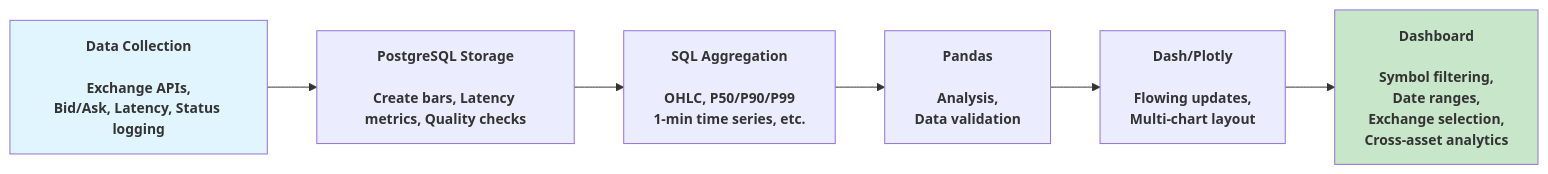
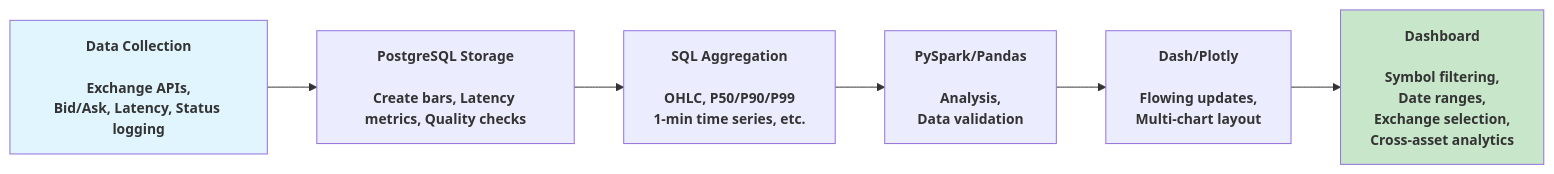
The diagram in README.md (Chicago-tr/ExchangeAggregator), drawn with Mermaid before and after one commit.

````diff
--- a/README.md
+++ b/README.md
@@ -19,17 +19,17 @@
 ```mermaid
 graph LR
     
     A[Data Collection<br/><br/>Exchange APIs,<br/>Bid/Ask, Latency, Status logging] --> B[PostgreSQL Storage<br/><br/>Create bars, Latency metrics, Quality checks<br/>]
     
     B --> C[SQL Aggregation<br/><br/>OHLC, P50/P90/P99<br/>1-min time series, etc.]
     
-    C --> D[Pandas<br/><br/>Analysis,<br/>Data validation]
+    C --> D[PySpark/Pandas<br/><br/>Analysis,<br/>Data validation]
     D --> E[Dash/Plotly<br/><br/>Flowing updates,<br/>Multi-chart layout<br/>]
     E --> F[Dashboard<br/><br/>Symbol filtering,<br/>Date ranges,<br/>Exchange selection,<br/>Cross-asset analytics]
     
     
     style A fill:#e1f5fe
     style F fill:#c8e6c9
     classDef title font-size:14px,font-weight:bold,color:#333
     class A,B,C,D,E,F title
 ```
````
